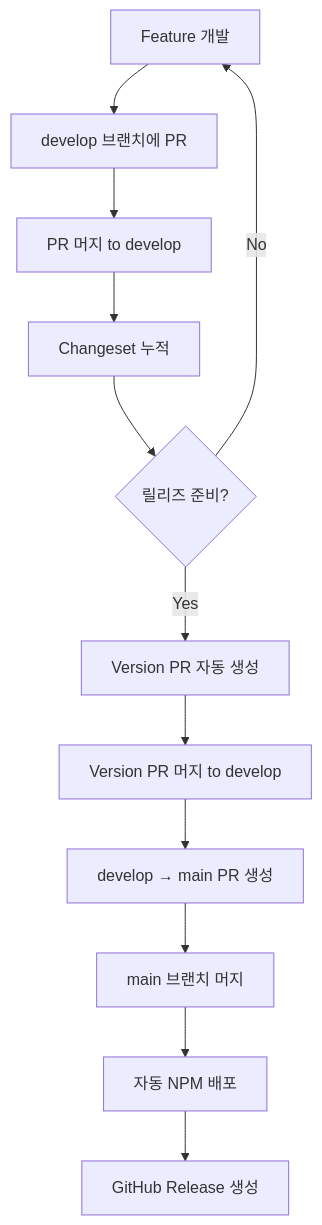
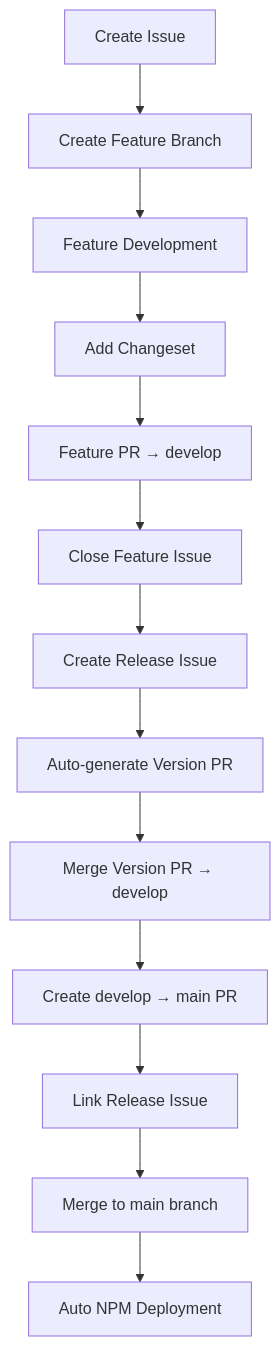
Before and after one commit to easylogic/cssma: the diagram in .cursor/rules/development-workflow.mdc, drawn with Mermaid. The commit also changed other lines of this file, not shown here.

````diff
--- a/.cursor/rules/development-workflow.mdc
+++ b/.cursor/rules/development-workflow.mdc
@@ -12,14 +12,15 @@
 ```mermaid
 graph TD
-    A[Feature 개발] --> B[develop 브랜치에 PR]
-    B --> C[PR 머지 to develop]
-    C --> D[Changeset 누적]
-    D --> E{릴리즈 준비?}
-    E -->|Yes| F[Version PR 자동 생성]
-    E -->|No| A
-    F --> G[Version PR 머지 to develop]
-    G --> H[develop → main PR 생성]
-    H --> I[main 브랜치 머지]
-    I --> J[자동 NPM 배포]
-    J --> K[GitHub Release 생성]
+    A[Create Issue] --> B[Create Feature Branch]
+    B --> C[Feature Development]
+    C --> D[Add Changeset]
+    D --> E[Feature PR → develop]
+    E --> F[Close Feature Issue]
+    F --> G[Create Release Issue]
+    G --> H[Auto-generate Version PR]
+    H --> I[Merge Version PR → develop]
+    I --> J[Create develop → main PR]
+    J --> K[Link Release Issue]
+    K --> L[Merge to main branch]
+    L --> M[Auto NPM Deployment]
 ```
````
